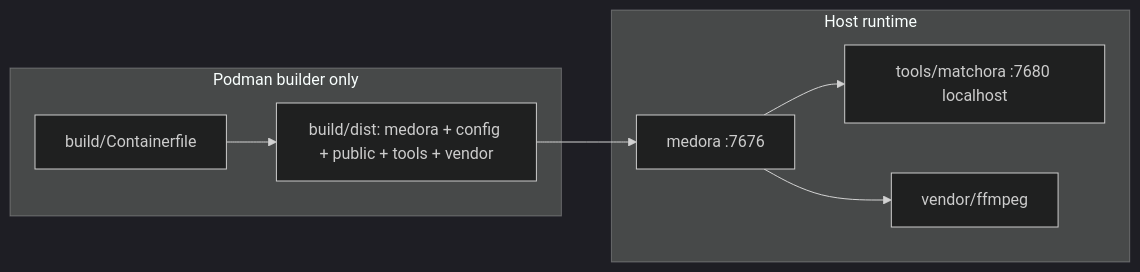
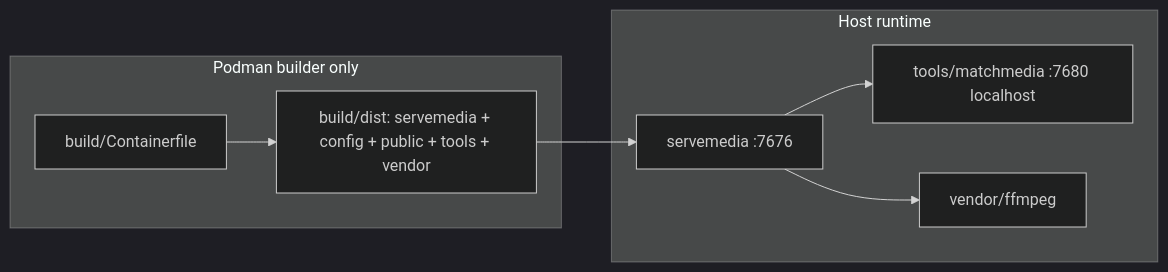
The diagram in docs/architecture.md (AlyShmahell/ServeMedia), drawn with Mermaid (dark theme) before and after one commit. The commit also changed other lines of this file and 102 other files, not shown here.

Commit message:
Medora is now ServeMedia. Ships MatchMedia 0.0.5, nested titles, a top bar, and poster fill on rescan.

````diff
--- a/docs/architecture.md
+++ b/docs/architecture.md
@@ -5,12 +7,12 @@
 ```mermaid
 flowchart LR
   subgraph build [Podman builder only]
     CF[build/Containerfile]
-    CF --> Dist["build/dist: medora + config + public + tools + vendor"]
+    CF --> Dist["build/dist: servemedia + config + public + tools + vendor"]
   end
   subgraph host [Host runtime]
-    Dist --> Medora[medora :7676]
-    Medora --> Matchora["tools/matchora :7680 localhost"]
-    Medora --> FFmpeg["vendor/ffmpeg"]
+    Dist --> ServeMedia[servemedia :7676]
+    ServeMedia --> MatchMedia["tools/matchmedia :7680 localhost"]
+    ServeMedia --> FFmpeg["vendor/ffmpeg"]
   end
 ```
````
